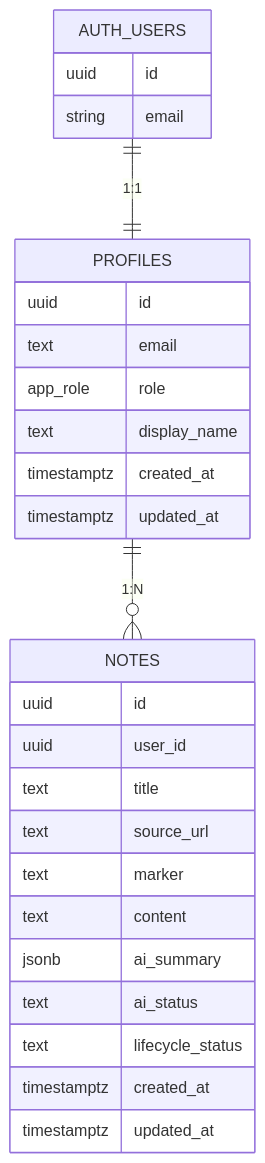
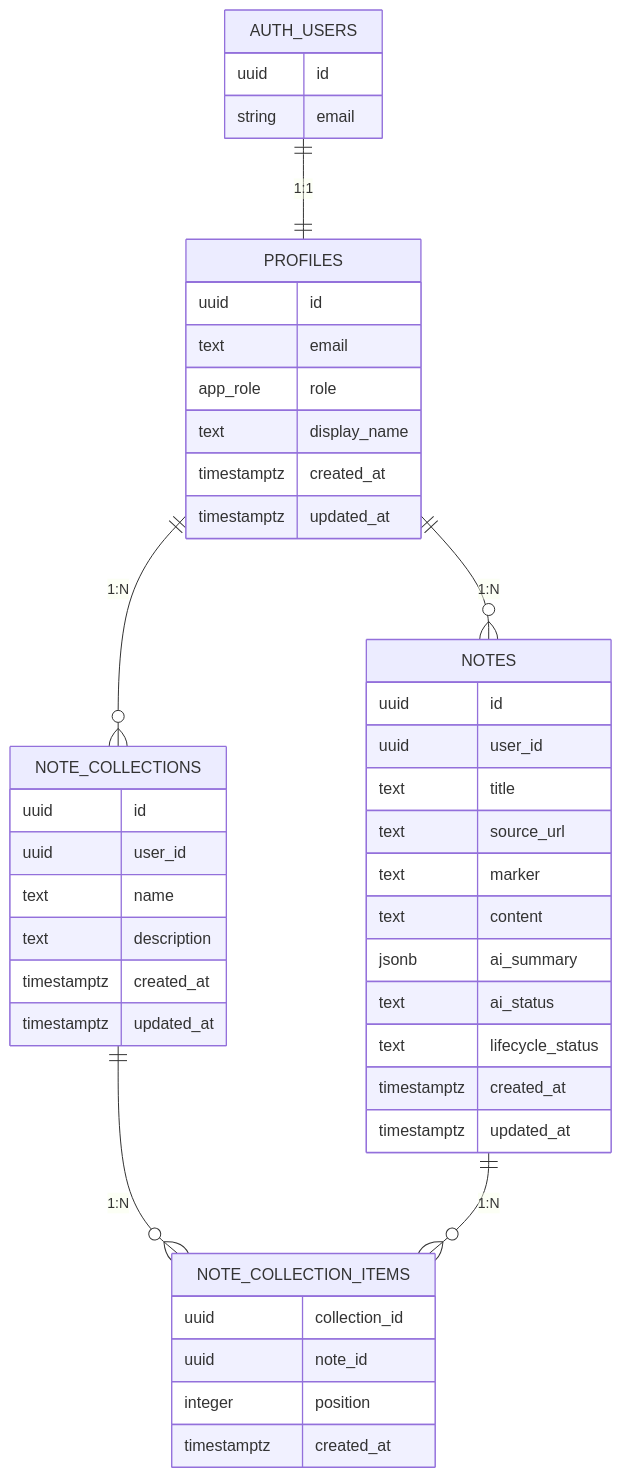
One commit to palmer67/ai-note changed the first of 2 diagrams in docs/architecture/05-database-and-rls.md. Above: the diagram before and after it, drawn with Mermaid. The commit also changed other lines of this file and 13 other files, not shown here.

````diff
--- a/docs/architecture/05-database-and-rls.md
+++ b/docs/architecture/05-database-and-rls.md
@@ -14,33 +15,52 @@
 ```mermaid
 erDiagram
   AUTH_USERS ||--|| PROFILES : "1:1"
   PROFILES ||--o{ NOTES : "1:N"
+  PROFILES ||--o{ NOTE_COLLECTIONS : "1:N"
+  NOTE_COLLECTIONS ||--o{ NOTE_COLLECTION_ITEMS : "1:N"
+  NOTES ||--o{ NOTE_COLLECTION_ITEMS : "1:N"
 
   AUTH_USERS {
     uuid id
     string email
   }
 
   PROFILES {
     uuid id
     text email
     app_role role
     text display_name
     timestamptz created_at
     timestamptz updated_at
   }
 
   NOTES {
     uuid id
     uuid user_id
     text title
     text source_url
     text marker
     text content
     jsonb ai_summary
     text ai_status
     text lifecycle_status
     timestamptz created_at
     timestamptz updated_at
   }
+
+  NOTE_COLLECTIONS {
+    uuid id
+    uuid user_id
+    text name
+    text description
+    timestamptz created_at
+    timestamptz updated_at
+  }
+
+  NOTE_COLLECTION_ITEMS {
+    uuid collection_id
+    uuid note_id
+    integer position
+    timestamptz created_at
+  }
 ```
````
